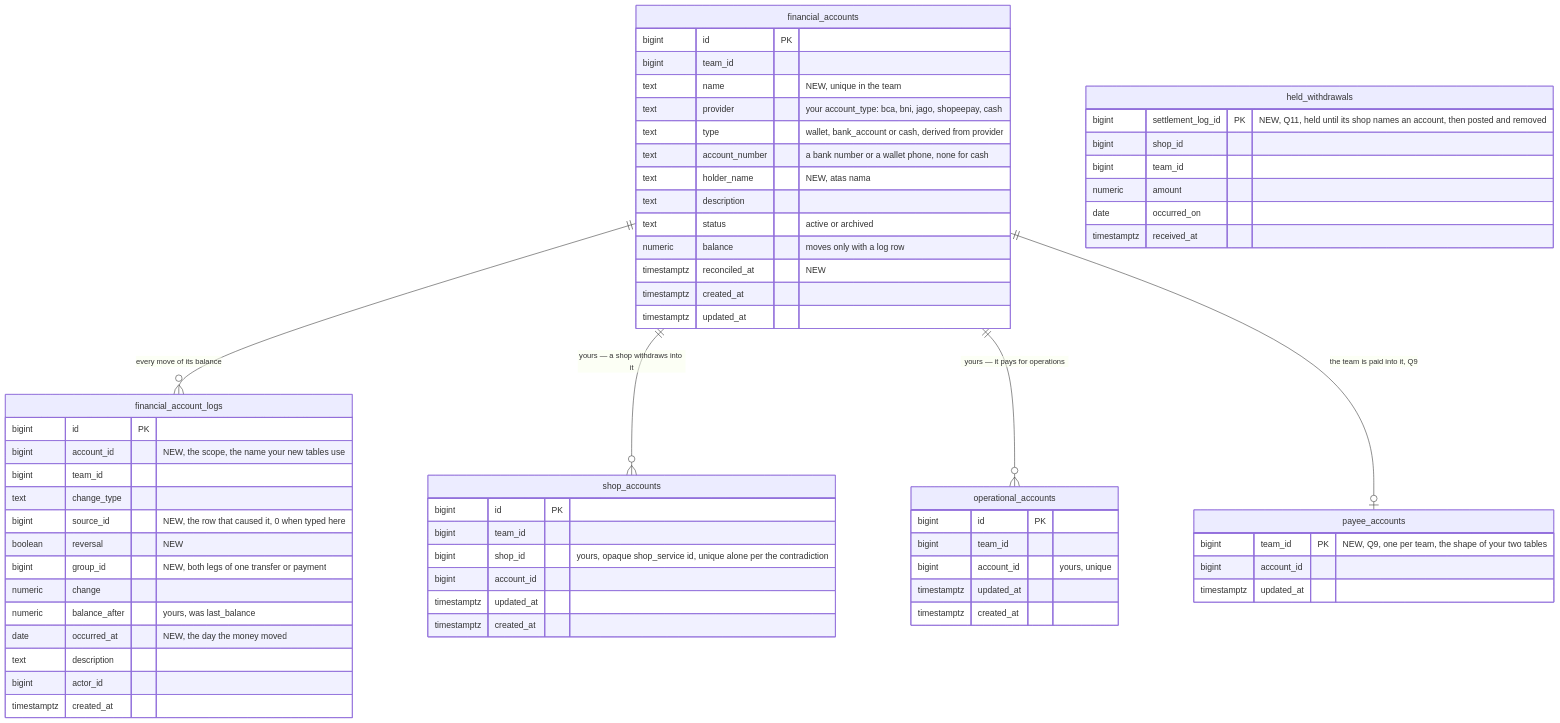
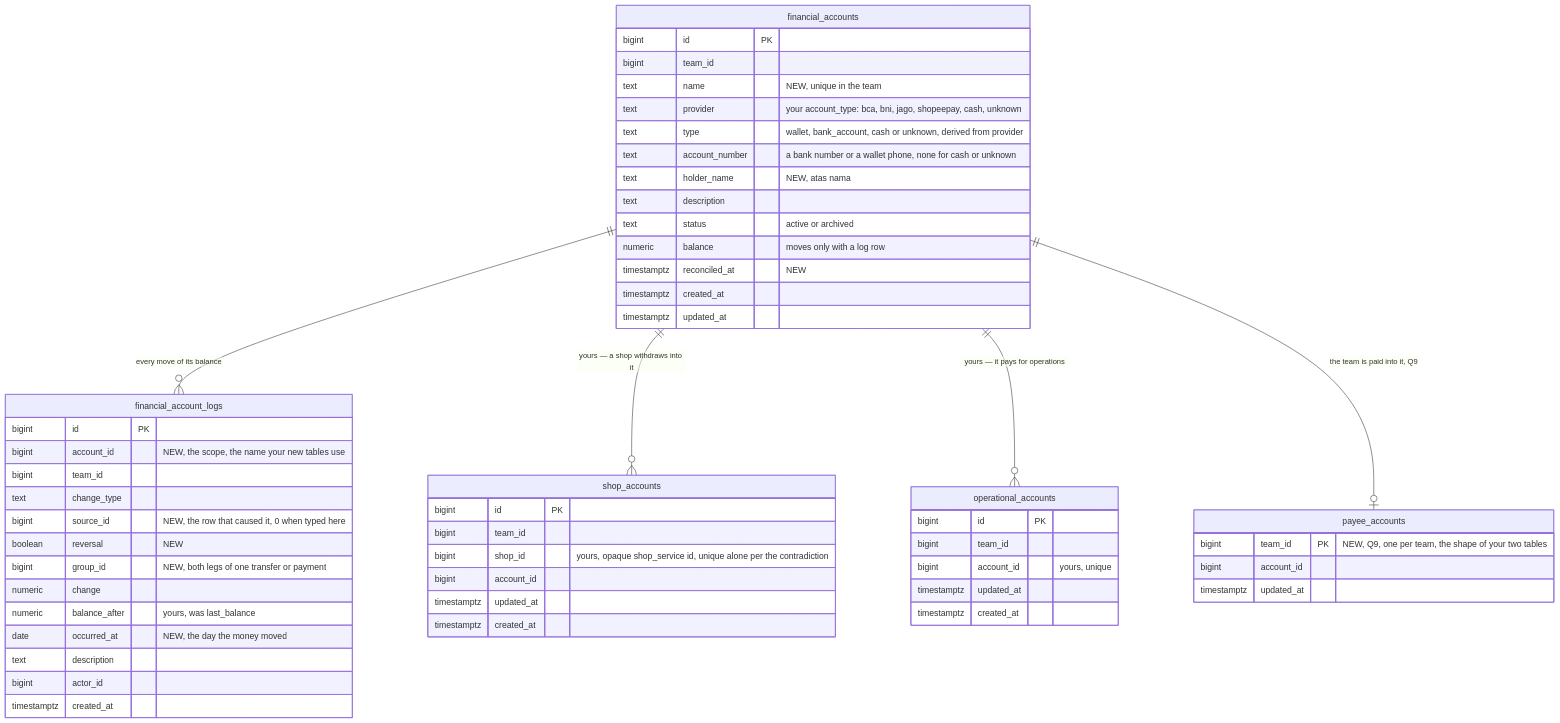
One commit to pdcgo/warehouse_revamp changed the fifth of 8 diagrams in docs/business/financial_account/context_clarify.md. Above: the diagram before and after it, drawn with Mermaid. The commit also changed other lines of this file and 3 other files, not shown here.

First line of the commit message:
financial_account: record a-shop-with-no-account-gets-an-unknown-one - Q11 answered, Q12 opened

````diff
--- a/docs/business/financial_account/context_clarify.md
+++ b/docs/business/financial_account/context_clarify.md
@@ -220,65 +225,57 @@
 ```mermaid
 erDiagram
   financial_accounts ||--o{ financial_account_logs : "every move of its balance"
   financial_accounts ||--o{ shop_accounts : "yours — a shop withdraws into it"
   financial_accounts ||--o{ operational_accounts : "yours — it pays for operations"
   financial_accounts ||--o| payee_accounts : "the team is paid into it, Q9"
   financial_accounts {
     bigint id PK
     bigint team_id
     text name "NEW, unique in the team"
-    text provider "your account_type: bca, bni, jago, shopeepay, cash"
-    text type "wallet, bank_account or cash, derived from provider"
-    text account_number "a bank number or a wallet phone, none for cash"
+    text provider "your account_type: bca, bni, jago, shopeepay, cash, unknown"
+    text type "wallet, bank_account, cash or unknown, derived from provider"
+    text account_number "a bank number or a wallet phone, none for cash or unknown"
     text holder_name "NEW, atas nama"
     text description
     text status "active or archived"
     numeric balance "moves only with a log row"
     timestamptz reconciled_at "NEW"
     timestamptz created_at
     timestamptz updated_at
   }
   financial_account_logs {
     bigint id PK
     bigint account_id "NEW, the scope, the name your new tables use"
     bigint team_id
     text change_type
     bigint source_id "NEW, the row that caused it, 0 when typed here"
     boolean reversal "NEW"
     bigint group_id "NEW, both legs of one transfer or payment"
     numeric change
     numeric balance_after "yours, was last_balance"
     date occurred_at "NEW, the day the money moved"
     text description
     bigint actor_id
     timestamptz created_at
   }
   shop_accounts {
     bigint id PK
     bigint team_id
     bigint shop_id "yours, opaque shop_service id, unique alone per the contradiction"
     bigint account_id
     timestamptz updated_at
     timestamptz created_at
   }
   operational_accounts {
     bigint id PK
     bigint team_id
     bigint account_id "yours, unique"
     timestamptz updated_at
     timestamptz created_at
   }
   payee_accounts {
     bigint team_id PK "NEW, Q9, one per team, the shape of your two tables"
     bigint account_id
     timestamptz updated_at
   }
-  held_withdrawals {
-    bigint settlement_log_id PK "NEW, Q11, held until its shop names an account, then posted and removed"
-    bigint shop_id
-    bigint team_id
-    numeric amount
-    date occurred_on
-    timestamptz received_at
-  }
 ```
````
